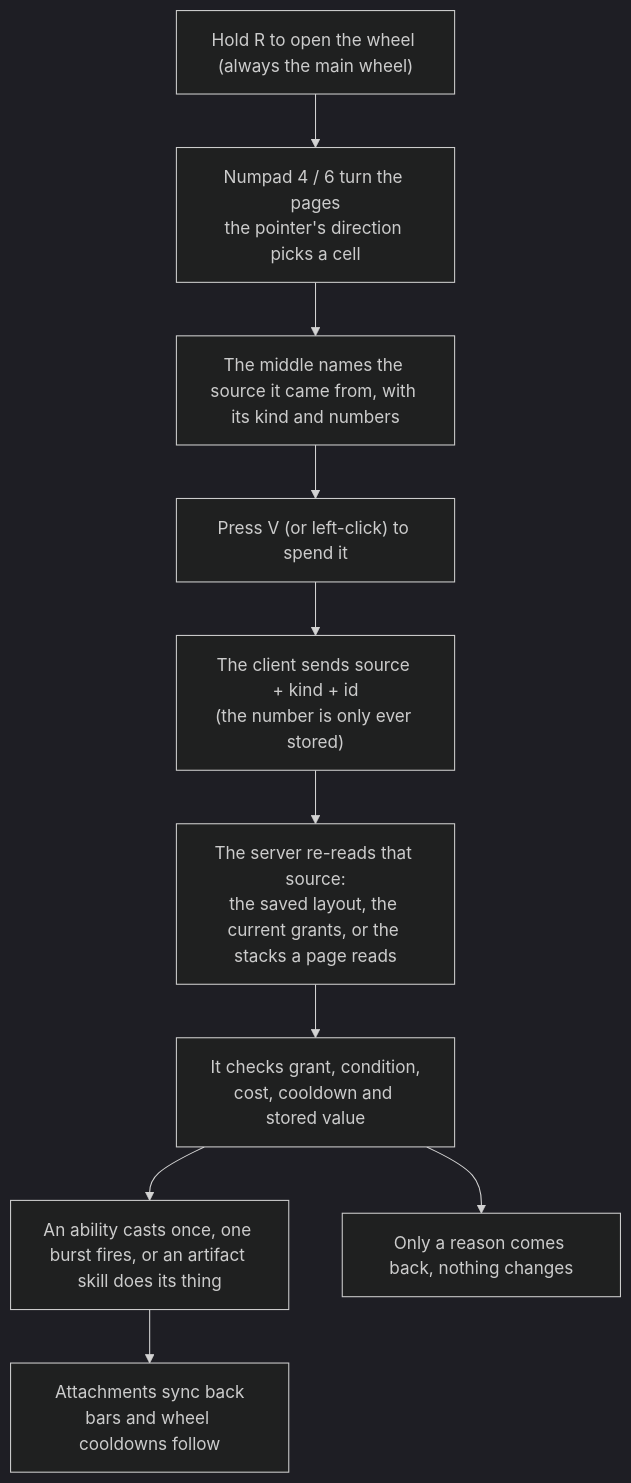
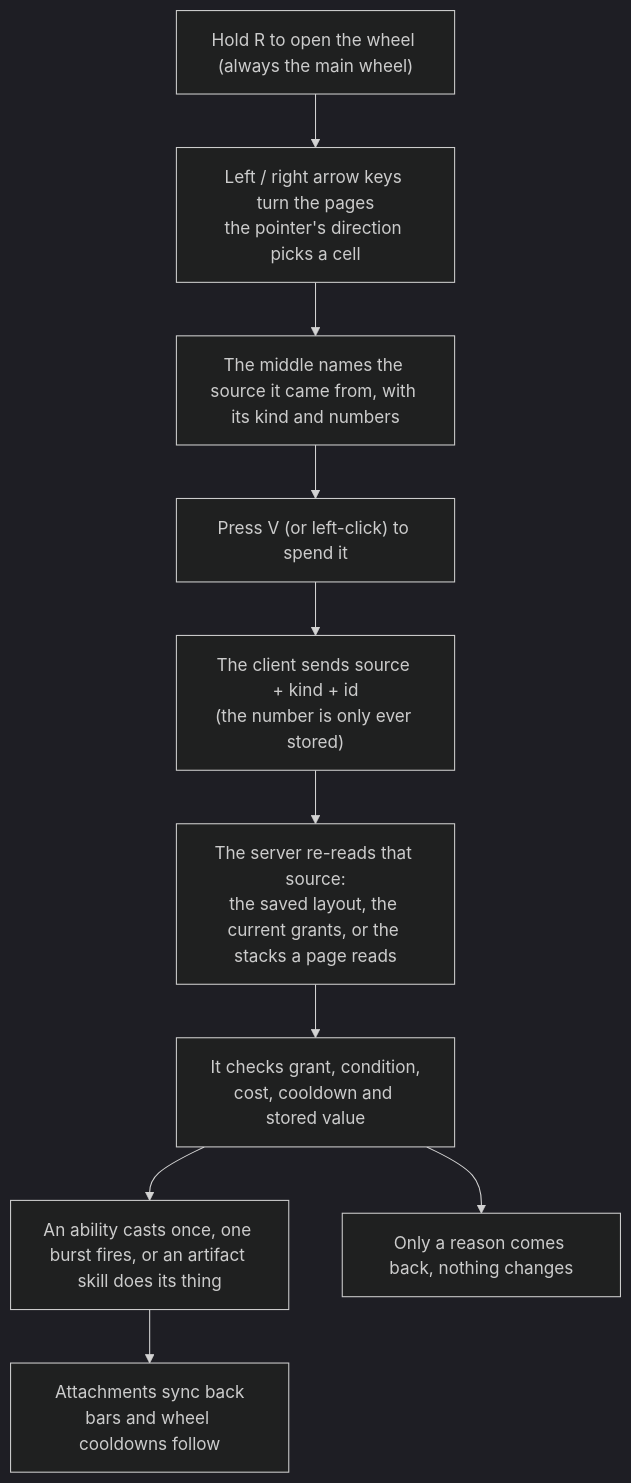
One commit to IAFEnvoy/mxt-docs changed the diagram in docs/en/player-guide/keys-and-hud.md. Above: the diagram before and after it, drawn with Mermaid (dark theme). The commit also changed other lines of this file and 136 other files, not shown here.

````diff
--- a/docs/en/player-guide/keys-and-hud.md
+++ b/docs/en/player-guide/keys-and-hud.md
@@ -82,12 +82,12 @@
 ```mermaid
 flowchart TD
-    A["Hold R to open the wheel (always the main wheel)"] --> B["Numpad 4 / 6 turn the pages<br/>the pointer's direction picks a cell"]
+    A["Hold R to open the wheel (always the main wheel)"] --> B["Left / right arrow keys turn the pages<br/>the pointer's direction picks a cell"]
     B --> C["The middle names the source it came from, with its kind and numbers"]
     C --> D["Press V (or left-click) to spend it"]
     D --> E["The client sends source + kind + id<br/>(the number is only ever stored)"]
     E --> F0["The server re-reads that source:<br/>the saved layout, the current grants, or the stacks a page reads"]
     F0 --> F["It checks grant, condition,<br/>cost, cooldown and stored value"]
     F --> G["An ability casts once, one burst fires, or an artifact skill does its thing"]
     F --> H["Only a reason comes back, nothing changes"]
     G --> I["Attachments sync back<br/>bars and wheel cooldowns follow"]
 ```
````
